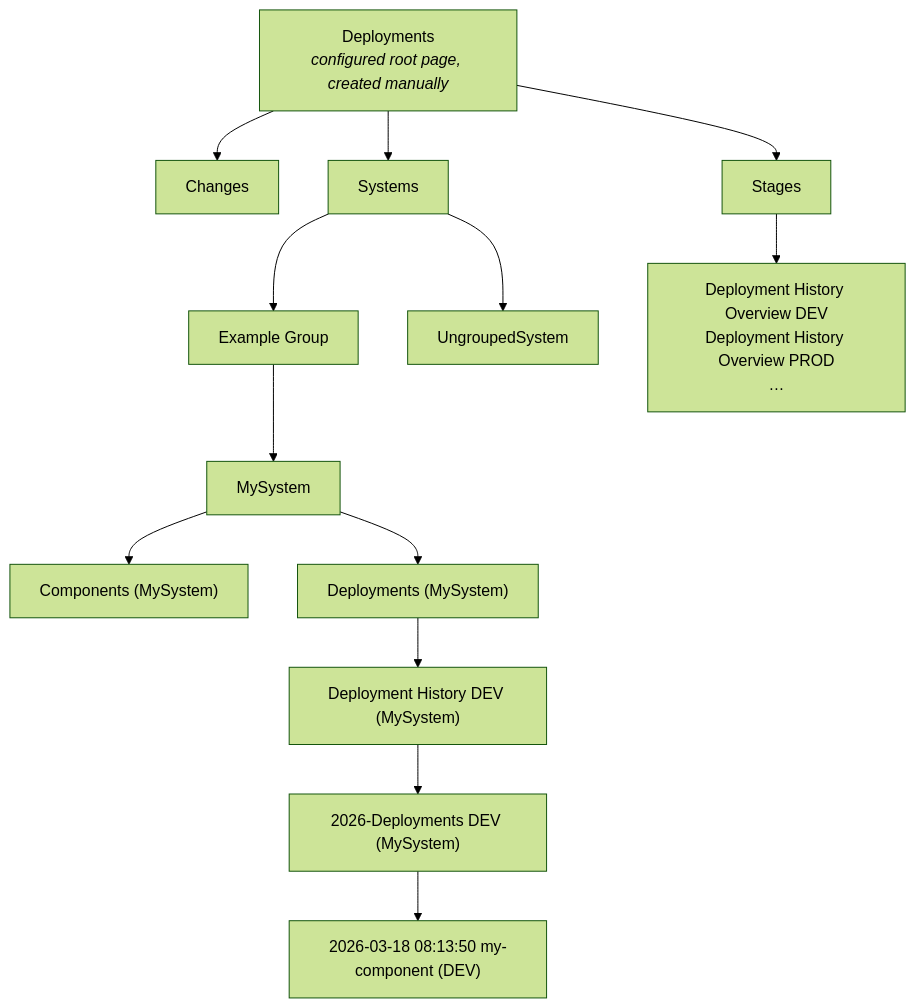
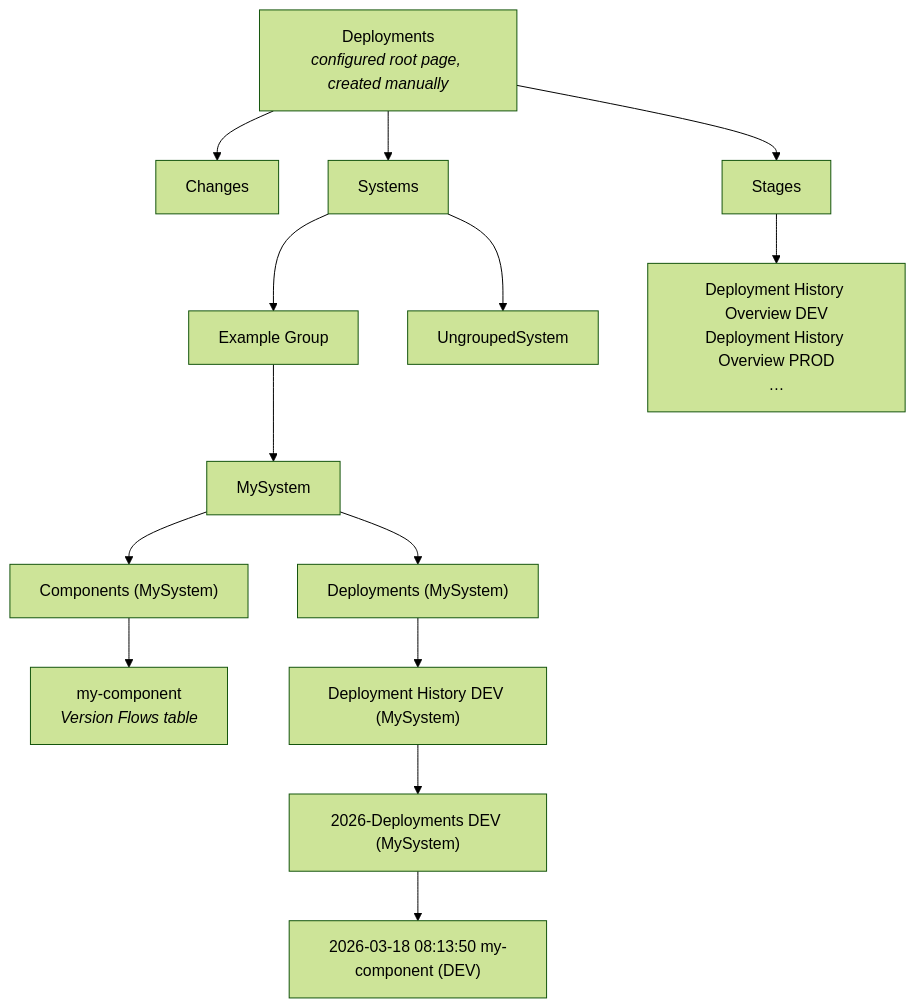
Before and after one commit to jeap-admin-ch/jeap-deploymentlog-service: the first of 2 diagrams in docs/documentation-generation.md, drawn with Mermaid (forest theme). The commit also changed other lines of this file and 34 other files, not shown here.

````diff
--- a/docs/documentation-generation.md
+++ b/docs/documentation-generation.md
@@ -9,29 +9,31 @@
 ```mermaid
 flowchart TD
   Root["Deployments<br/><i>configured root page, created manually</i>"]
   Changes["Changes"]
   Systems["Systems"]
   Group["Example Group"]
   Components["Components (MySystem)"]
+  Component["my-component<br/><i>Version Flows table</i>"]
   SystemDeployments["Deployments (MySystem)"]
   Stages["Stages"]
   OverviewEnv["Deployment History Overview DEV<br/>Deployment History Overview PROD<br/>…"]
   Sys["MySystem"]
   Ungrouped["UngroupedSystem"]
   Hist["Deployment History DEV (MySystem)"]
   List["2026-Deployments DEV (MySystem)"]
   Letter["2026-03-18 08:13:50 my-component (DEV)"]
 
   Root --> Changes
   Root --> Systems
   Systems --> Group
   Group --> Sys
   Systems --> Ungrouped
   Sys --> Components
+  Components --> Component
   Sys --> SystemDeployments
   SystemDeployments --> Hist
   Root --> Stages
   Stages --> OverviewEnv
   Hist --> List
   List --> Letter
 ```
````
